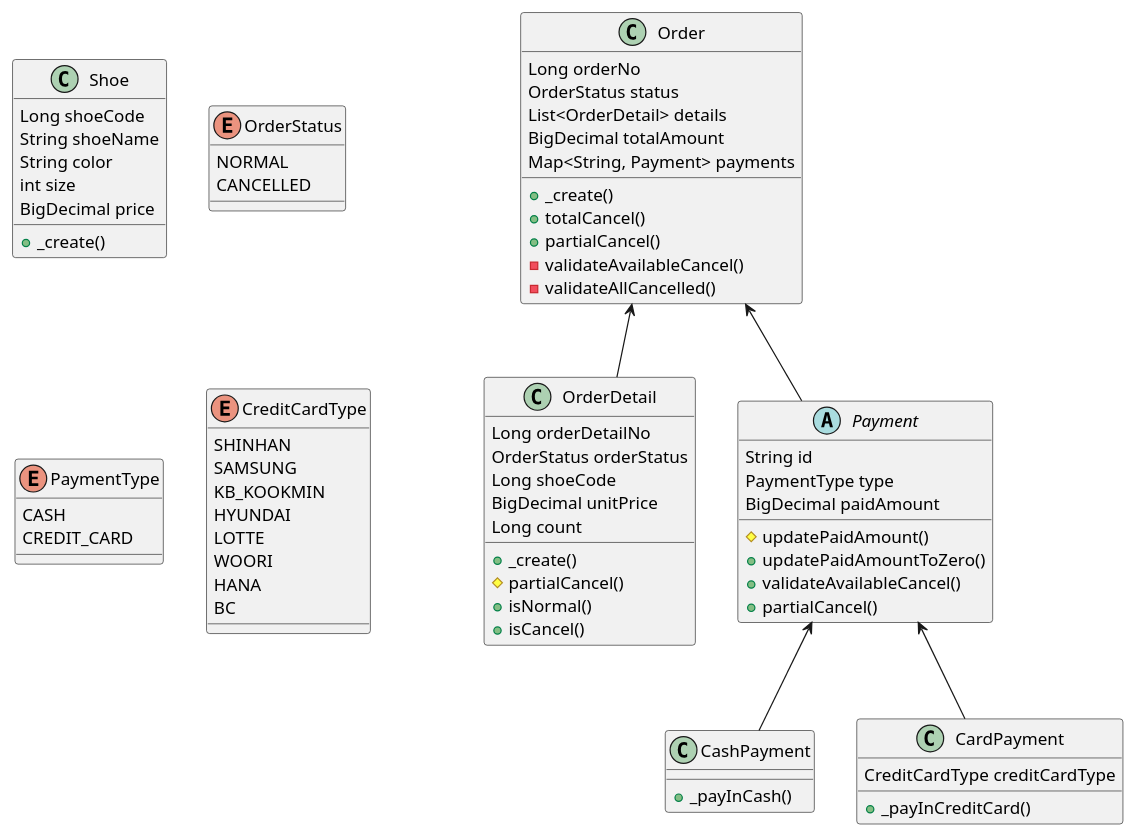
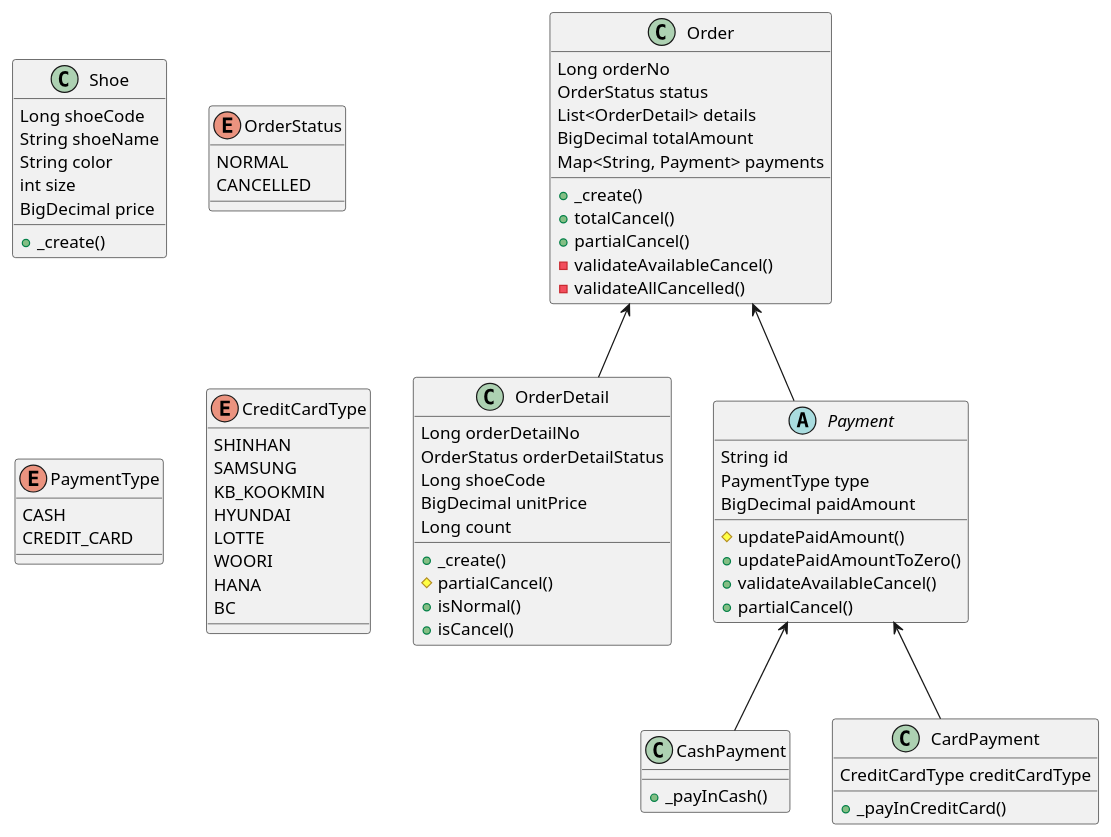
The diagram in docs/DomainStructure.puml (ABC-Mart-Owners-club/namjoon-shoe-store), drawn with PlantUML before and after one commit. The commit also changed 5 other files, not shown here.

```diff
--- a/docs/DomainStructure.puml
+++ b/docs/DomainStructure.puml
@@ -1,85 +1,85 @@
 @startuml
 
 
 
 class Shoe {
 Long shoeCode
 String shoeName
 String color
 int size
 BigDecimal price
 + _create()
 }
 
 enum OrderStatus {
 NORMAL
 CANCELLED
 }
 
 class Order {
 Long orderNo
 OrderStatus status
 List<OrderDetail> details
 BigDecimal totalAmount
 Map<String, Payment> payments
 + _create()
 + totalCancel()
 + partialCancel()
 - validateAvailableCancel()
 - validateAllCancelled()
 }
 
 class OrderDetail {
 Long orderDetailNo
-OrderStatus orderStatus
+OrderStatus orderDetailStatus
 Long shoeCode
 BigDecimal unitPrice
 Long count
 + _create()
 # partialCancel()
 + isNormal()
 + isCancel()
 }
 
 abstract class Payment {
 String id
 PaymentType type
 BigDecimal paidAmount
 # updatePaidAmount()
 + updatePaidAmountToZero()
 + validateAvailableCancel()
 + partialCancel()
 }
 
 class CashPayment {
 + _payInCash()
 }
 
 class CardPayment {
 CreditCardType creditCardType
 + _payInCreditCard()
 }
 
 enum PaymentType {
 CASH
 CREDIT_CARD
 }
 
 enum CreditCardType {
 SHINHAN
 SAMSUNG
 KB_KOOKMIN
 HYUNDAI
 LOTTE
 WOORI
 HANA
 BC
 }
 
 
 Order <-- OrderDetail
 Order <-- Payment
 Payment <-- CashPayment
 Payment <-- CardPayment
 
 @enduml
```
